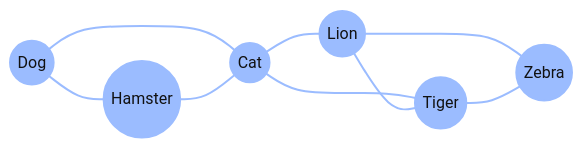
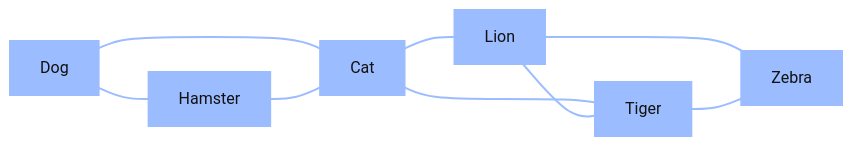
Before and after one commit to josephausterweil/probintro: the second of 2 diagrams in content/intro2/14_random_walks_networks.md, drawn with Mermaid. The commit also changed other lines of this file and 1 other file, not shown here.

Commit message:
Ch 14/15: uniform node size in network diagrams (circles → rounded rects)
Mermaid sizes circle nodes (( )) to fit their label, so "Hamster" /
"giraffe" ballooned into much larger circles than "Dog" / "cat" — looked
odd. Switched the network diagrams to rounded-rectangle nodes [ ], which
keep a uniform height regardless of label length. Diagram-only change
(two diagrams in Ch 14, one in Ch 15); no code or prose touched, so code
still validates green. Ch 13's diagrams left as circles — their labels
are balanced (T/tonkatsu vs H/hamburger) or single digits, so no
ballooning there.

````diff
--- a/content/intro2/14_random_walks_networks.md
+++ b/content/intro2/14_random_walks_networks.md
@@ -114,16 +114,16 @@
 ```mermaid
 graph LR
-    Dog((Dog)) --- Hamster((Hamster))
-    Dog --- Cat((Cat))
+    Dog["Dog"] --- Hamster["Hamster"]
+    Dog --- Cat["Cat"]
     Hamster --- Cat
-    Cat --- Lion((Lion))
-    Cat --- Tiger((Tiger))
+    Cat --- Lion["Lion"]
+    Cat --- Tiger["Tiger"]
     Lion --- Tiger
-    Lion --- Zebra((Zebra))
+    Lion --- Zebra["Zebra"]
     Tiger --- Zebra
     classDef node fill:none,stroke:#9bbcff,stroke-width:2px,color:#fff
     classDef visited fill:#9bbcff,stroke:#9bbcff,stroke-width:2px,color:#111
     class Dog,Hamster,Cat,Lion,Tiger,Zebra node
     class Hamster,Dog,Cat,Lion,Tiger,Zebra visited
     linkStyle default stroke:#9bbcff,stroke-width:2px,color:#fff
 ```
````
